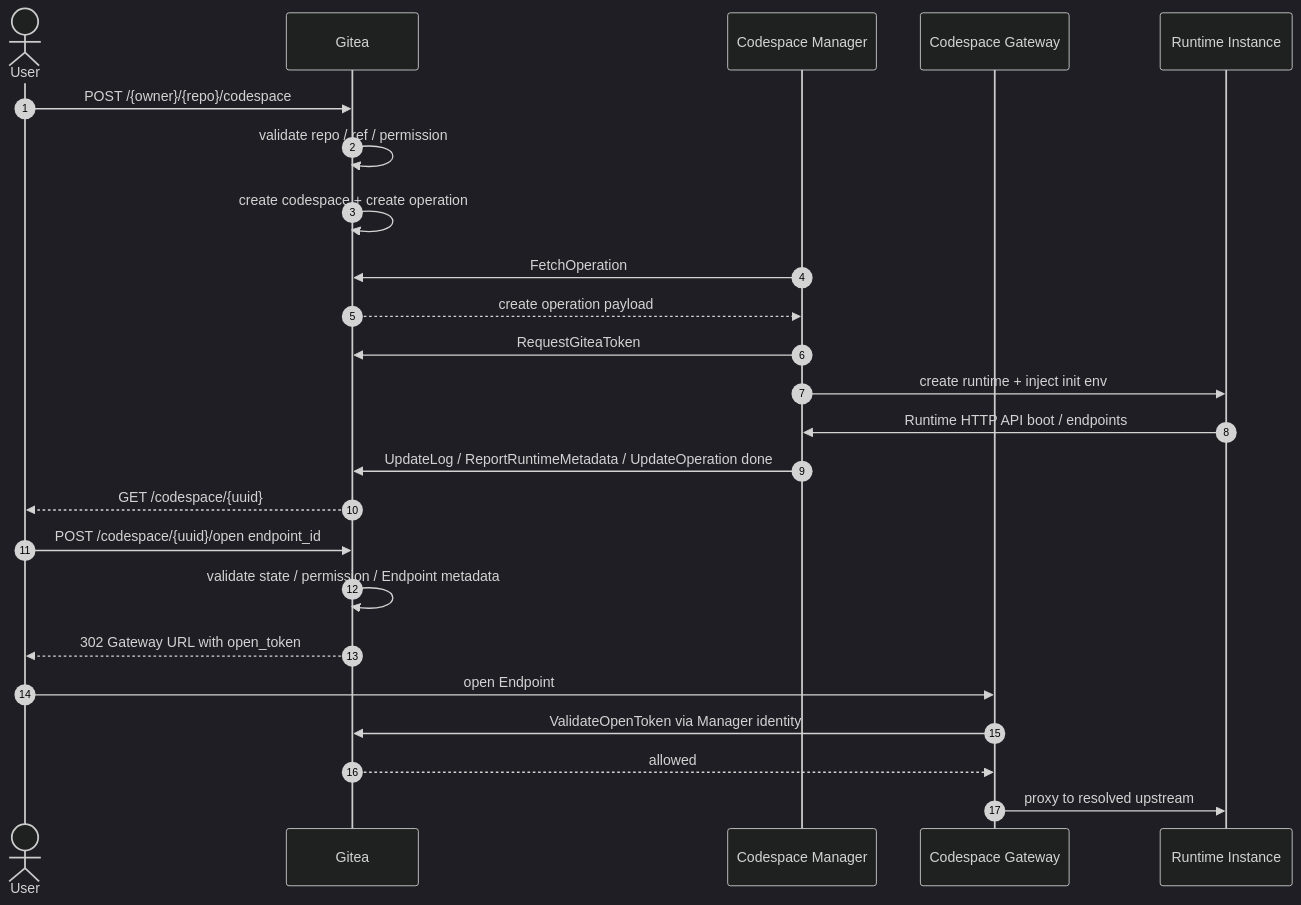
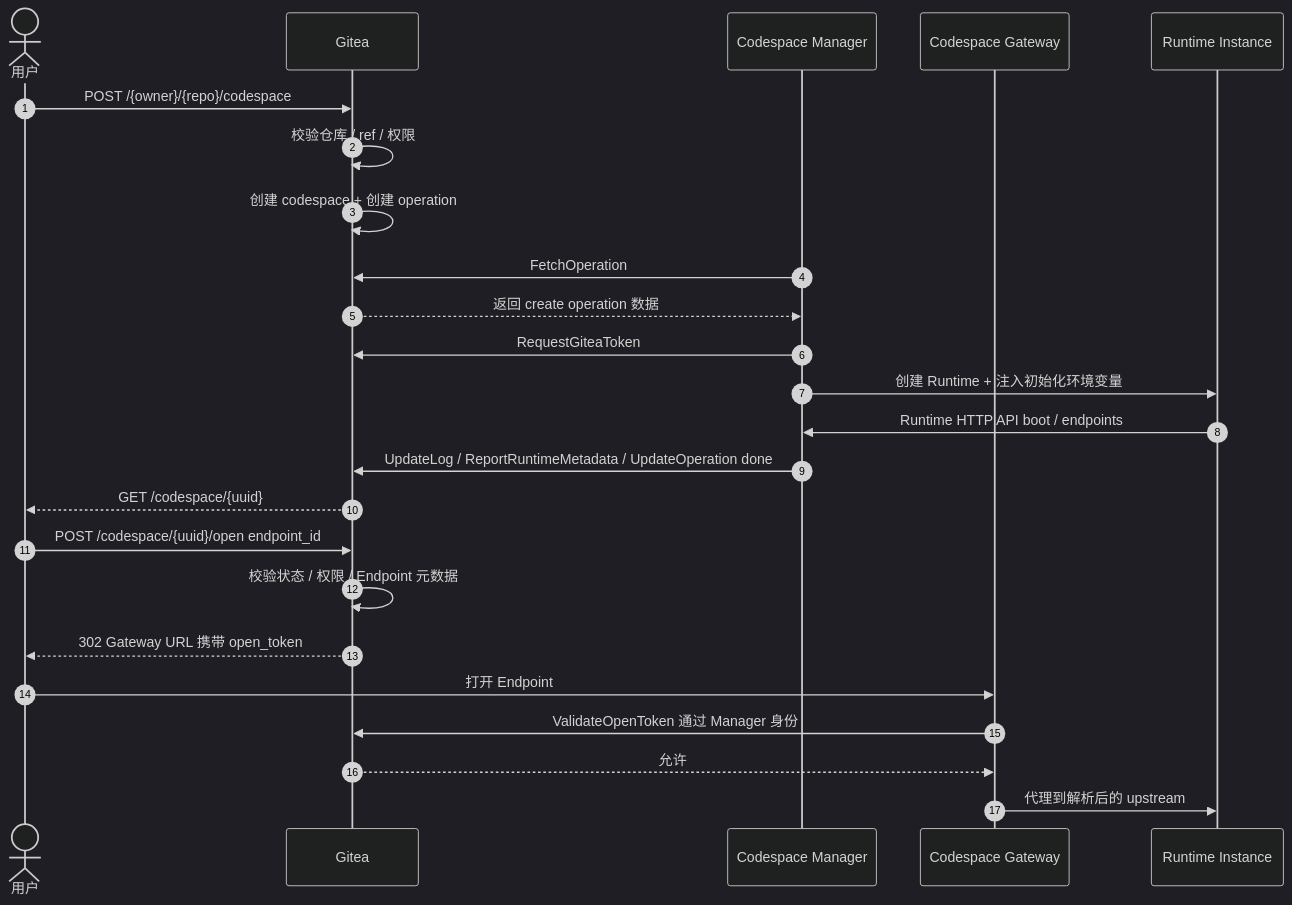
The second of 2 diagrams in src/README.md (ExplodingDragon/gitea-dev), drawn with Mermaid (dark theme) before and after one commit. The commit also changed other lines of this file and 8 other files, not shown here.

````diff
--- a/src/README.md
+++ b/src/README.md
@@ -81,28 +81,28 @@
 ```mermaid
 sequenceDiagram
     autonumber
-    actor User
+    actor User as 用户
     participant Gitea
     participant Manager as Codespace Manager
     participant Gateway as Codespace Gateway
     participant Runtime as Runtime Instance
 
     User->>Gitea: POST /{owner}/{repo}/codespace
-    Gitea->>Gitea: validate repo / ref / permission
-    Gitea->>Gitea: create codespace + create operation
+    Gitea->>Gitea: 校验仓库 / ref / 权限
+    Gitea->>Gitea: 创建 codespace + 创建 operation
     Manager->>Gitea: FetchOperation
-    Gitea-->>Manager: create operation payload
+    Gitea-->>Manager: 返回 create operation 数据
     Manager->>Gitea: RequestGiteaToken
-    Manager->>Runtime: create runtime + inject init env
+    Manager->>Runtime: 创建 Runtime + 注入初始化环境变量
     Runtime->>Manager: Runtime HTTP API boot / endpoints
     Manager->>Gitea: UpdateLog / ReportRuntimeMetadata / UpdateOperation done
     Gitea-->>User: GET /codespace/{uuid}
 
     User->>Gitea: POST /codespace/{uuid}/open endpoint_id
-    Gitea->>Gitea: validate state / permission / Endpoint metadata
-    Gitea-->>User: 302 Gateway URL with open_token
-    User->>Gateway: open Endpoint
-    Gateway->>Gitea: ValidateOpenToken via Manager identity
-    Gitea-->>Gateway: allowed
-    Gateway->>Runtime: proxy to resolved upstream
+    Gitea->>Gitea: 校验状态 / 权限 / Endpoint 元数据
+    Gitea-->>User: 302 Gateway URL 携带 open_token
+    User->>Gateway: 打开 Endpoint
+    Gateway->>Gitea: ValidateOpenToken 通过 Manager 身份
+    Gitea-->>Gateway: 允许
+    Gateway->>Runtime: 代理到解析后的 upstream
 ```
````
